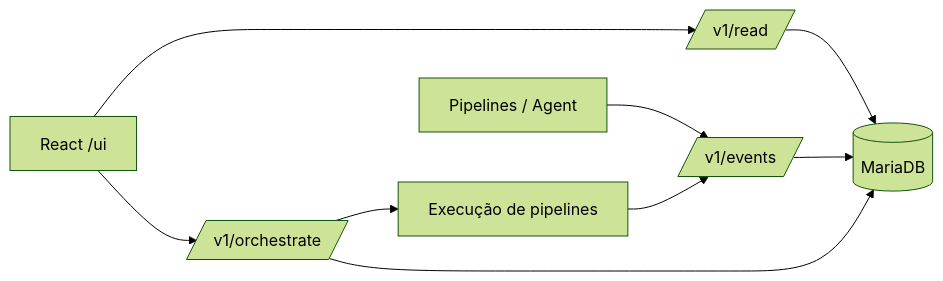
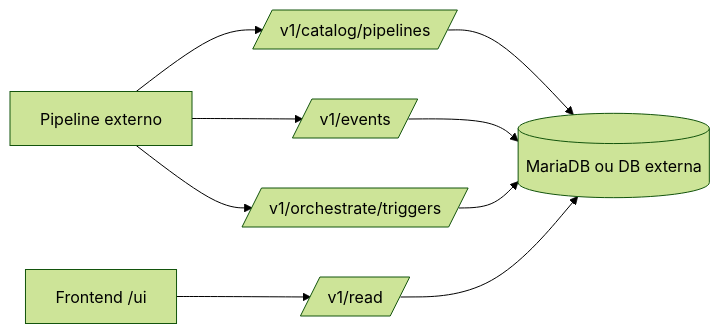
Before and after one commit to emanuwells/Overseer: the diagram in PROJECT_CONTEXT.md, drawn with Mermaid (forest theme). The commit also changed other lines of this file and 52 other files, not shown here.

````diff
--- a/PROJECT_CONTEXT.md
+++ b/PROJECT_CONTEXT.md
@@ -33,11 +33,11 @@
 ```mermaid
 flowchart LR
-    ui[React /ui] --> read[/v1/read/]
-    pipelines[Pipelines / Agent] --> events[/v1/events/]
-    ui --> orch[/v1/orchestrate/]
-    orch --> runner[Execução de pipelines]
-    runner --> events
-    read --> db[(MariaDB)]
+    ui[Frontend /ui] --> read[/v1/read/]
+    pipeline[Pipeline externo] --> catalog[/v1/catalog/pipelines/]
+    pipeline --> events[/v1/events/]
+    pipeline --> triggers[/v1/orchestrate/triggers/]
+    catalog --> db[(MariaDB ou DB externa)]
     events --> db
-    orch --> db
+    triggers --> db
+    read --> db
 ```
````
